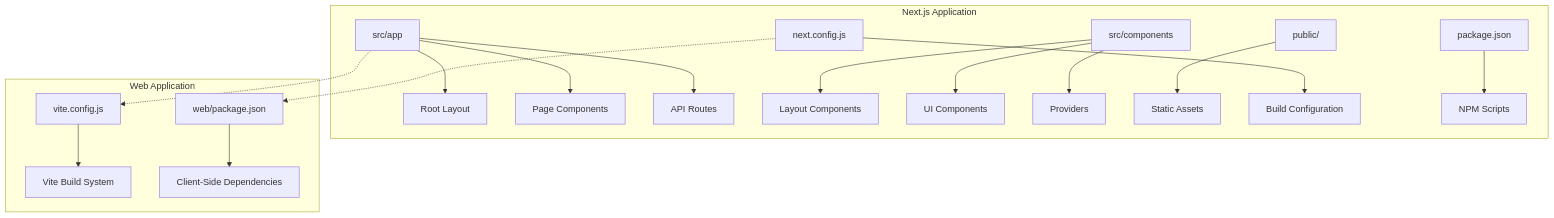
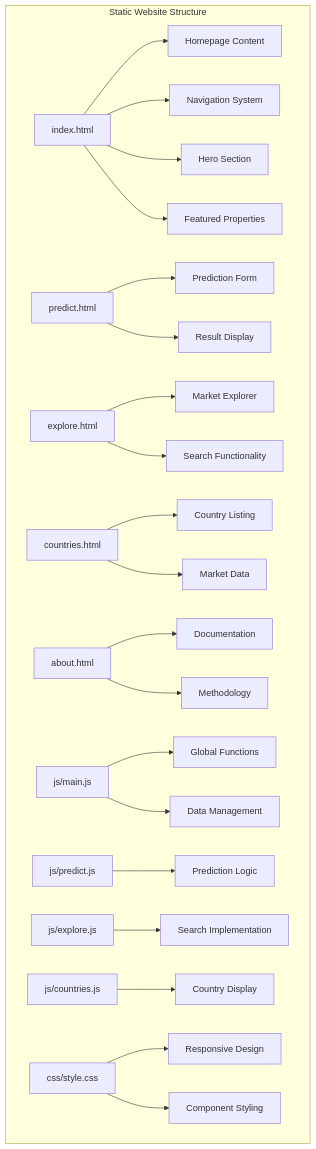
Before and after one commit to tashkirrr/housing-price-prediction: the first of 6 diagrams in .qoder/repowiki/en/content/Web Application/Next.js Project Structure.md, drawn with Mermaid. The commit also changed other lines of this file and 5 other files, not shown here.

First line of the commit message:
docs(deployment): update Realteak deployment documentation and scripts

````diff
--- a/.qoder/repowiki/en/content/Web Application/Next.js Project Structure.md
+++ b/.qoder/repowiki/en/content/Web Application/Next.js Project Structure.md
@@ -32,20 +45,24 @@
 ```mermaid
 graph TB
-subgraph "Next.js Application"
-A[src/app] --> A1[Root Layout]
-A --> A2[Page Components]
-A --> A3[API Routes]
-B[src/components] --> B1[Layout Components]
-B --> B2[UI Components]
-B --> B3[Providers]
-C[public/] --> C1[Static Assets]
-D[next.config.js] --> D1[Build Configuration]
-E[package.json] --> E1[NPM Scripts]
+subgraph "Static Website Structure"
+A[index.html] --> A1[Homepage Content]
+A --> A2[Navigation System]
+A --> A3[Hero Section]
+A --> A4[Featured Properties]
+B[predict.html] --> B1[Prediction Form]
+B --> B2[Result Display]
+C[explore.html] --> C1[Market Explorer]
+C --> C2[Search Functionality]
+D[countries.html] --> D1[Country Listing]
+D --> D2[Market Data]
+E[about.html] --> E1[Documentation]
+E --> E2[Methodology]
+F[js/main.js] --> F1[Global Functions]
+F --> F2[Data Management]
+G[js/predict.js] --> G1[Prediction Logic]
+H[js/explore.js] --> H1[Search Implementation]
+I[js/countries.js] --> I1[Country Display]
+J[css/style.css] --> J1[Responsive Design]
+J --> J2[Component Styling]
 end
-subgraph "Web Application"
-F[vite.config.js] --> F1[Vite Build System]
-G[web/package.json] --> G1[Client-Side Dependencies]
-end
-A -.-> F
-D -.-> G
 ```
````
